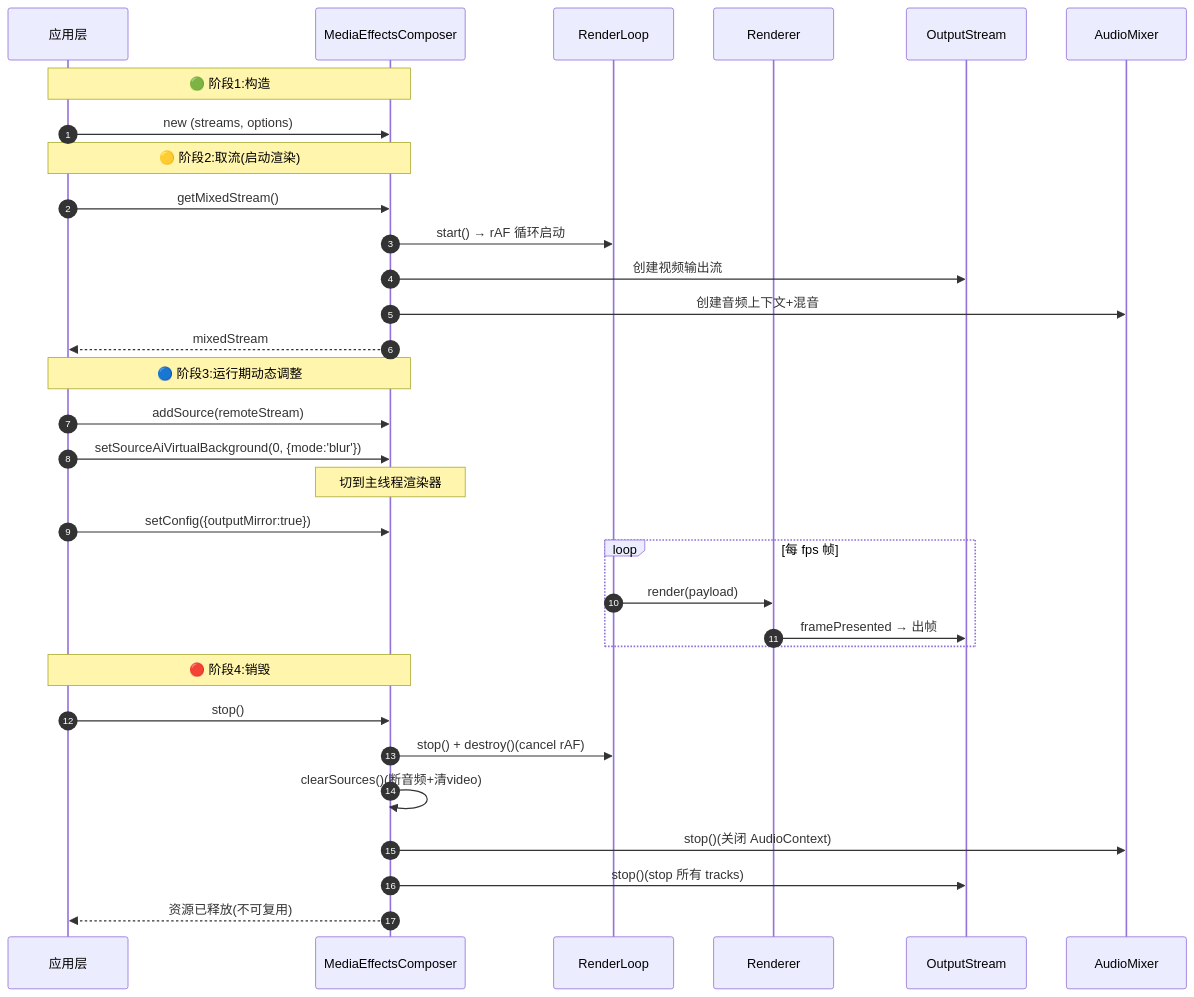
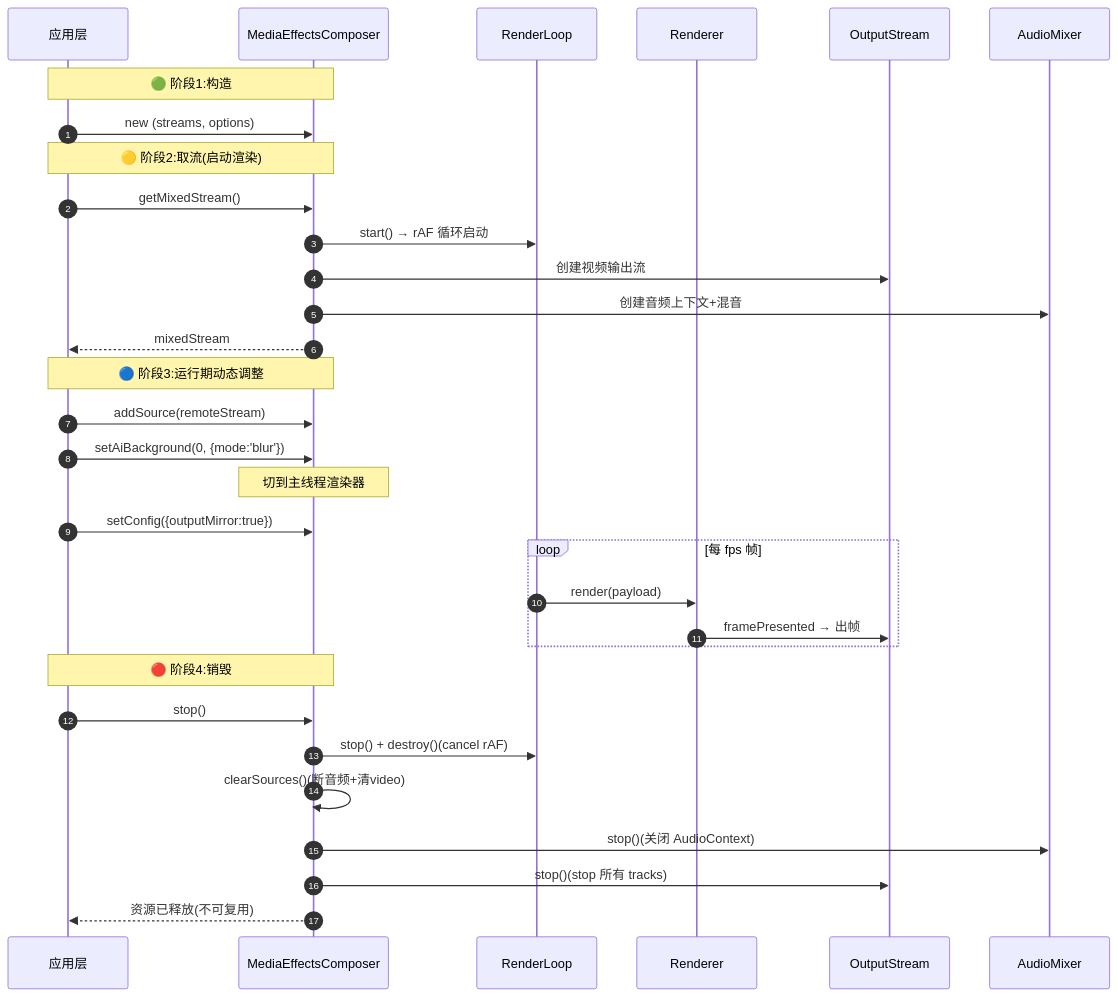
One commit to lei40251/JsSIP changed diagram 16 of 19 in docs/MediaEffectsComposer/MediaEffectsComposer-学习手册.md. Above: the diagram before and after it, drawn with Mermaid. The commit also changed other lines of this file and 40 other files, not shown here.

````diff
--- a/docs/MediaEffectsComposer/MediaEffectsComposer-学习手册.md
+++ b/docs/MediaEffectsComposer/MediaEffectsComposer-学习手册.md
@@ -777,39 +777,39 @@
 ```mermaid
 sequenceDiagram
     autonumber
     participant App as 应用层
     participant MEC as MediaEffectsComposer
     participant RL as RenderLoop
     participant R as Renderer
     participant OM as OutputStream
     participant AM as AudioMixer
 
     Note over App,MEC: 🟢 阶段1:构造
     App->>MEC: new (streams, options)
 
     Note over App,MEC: 🟡 阶段2:取流(启动渲染)
     App->>MEC: getMixedStream()
     MEC->>RL: start() → rAF 循环启动
     MEC->>OM: 创建视频输出流
     MEC->>AM: 创建音频上下文+混音
     MEC-->>App: mixedStream
 
     Note over App,MEC: 🔵 阶段3:运行期动态调整
     App->>MEC: addSource(remoteStream)
-    App->>MEC: setSourceAiVirtualBackground(0, {mode:'blur'})
+    App->>MEC: setAiBackground(0, {mode:'blur'})
     Note over MEC: 切到主线程渲染器
     App->>MEC: setConfig({outputMirror:true})
 
     loop 每 fps 帧
         RL->>R: render(payload)
         R->>OM: framePresented → 出帧
     end
 
     Note over App,MEC: 🔴 阶段4:销毁
     App->>MEC: stop()
     MEC->>RL: stop() + destroy()(cancel rAF)
     MEC->>MEC: clearSources()(断音频+清video)
     MEC->>AM: stop()(关闭 AudioContext)
     MEC->>OM: stop()(stop 所有 tracks)
     MEC-->>App: 资源已释放(不可复用)
 ```
````
